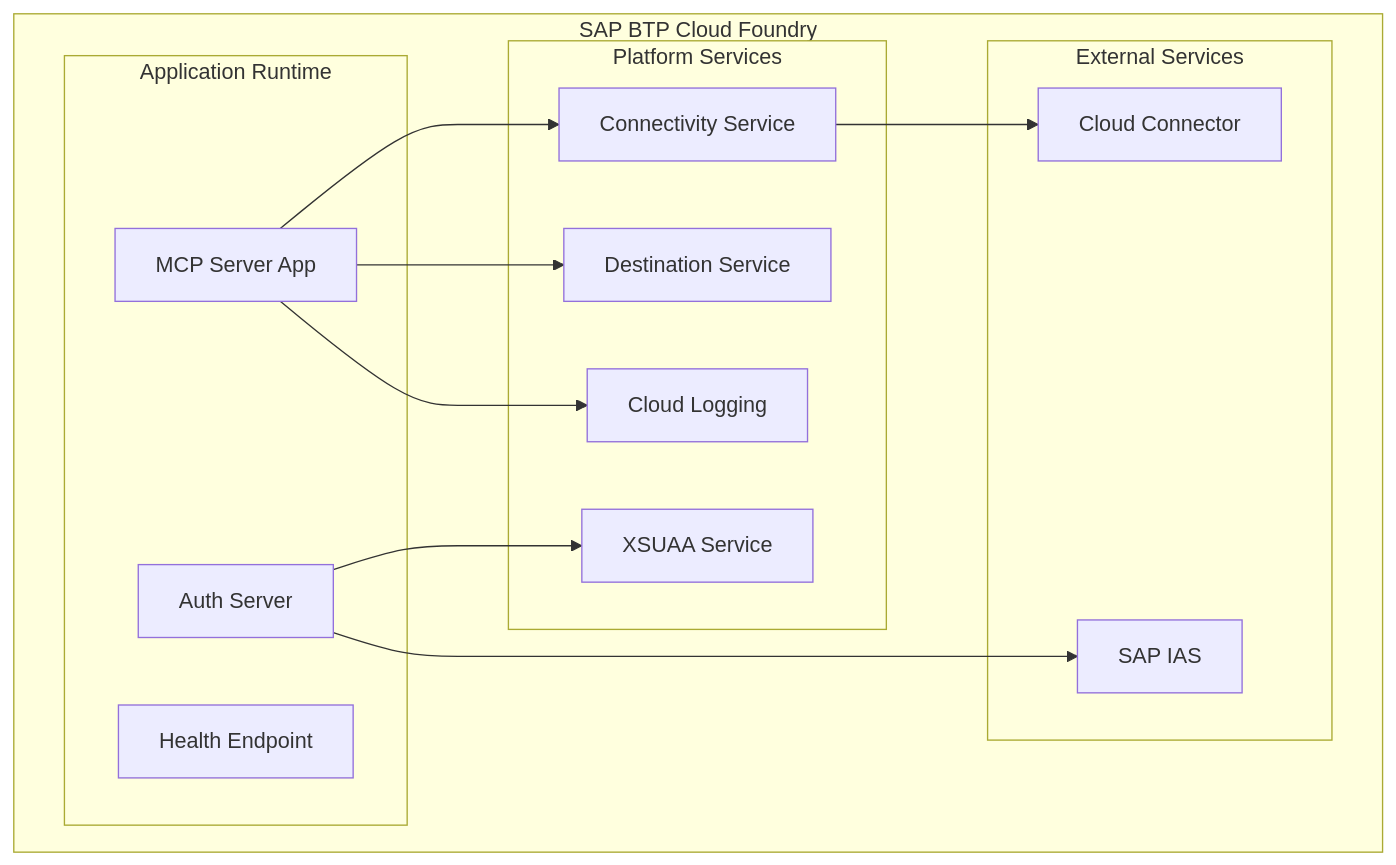
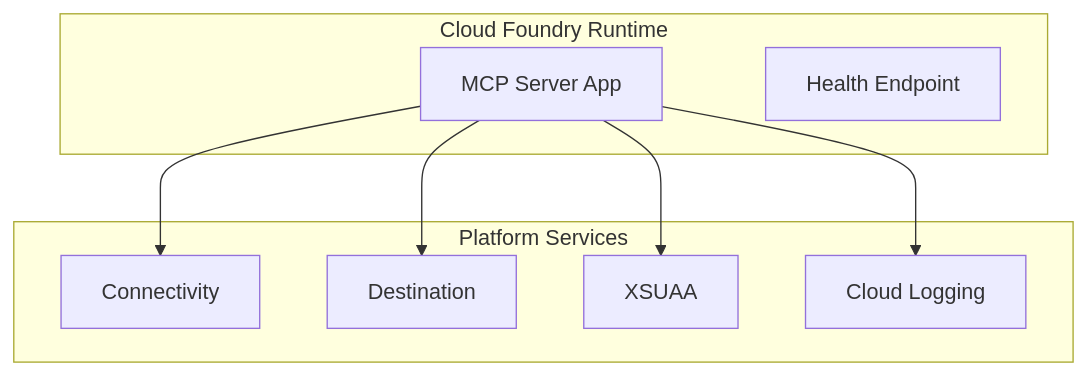
The fifth of 5 diagrams in docs/ARCHITECTURE.md (Raistlin82/btp-sap-odata-to-mcp-server-optimized), drawn with Mermaid before and after one commit. The commit also changed other lines of this file and 10 other files, not shown here.

````diff
--- a/docs/ARCHITECTURE.md
+++ b/docs/ARCHITECTURE.md
@@ -320,29 +130,19 @@
 ```mermaid
 graph TB
-    subgraph "SAP BTP Cloud Foundry"
-        subgraph "Application Runtime"
-            A[MCP Server App]
-            B[Auth Server]
-            C[Health Endpoint]
-        end
-        
-        subgraph "Platform Services"
-            D[Connectivity Service]
-            E[Destination Service]
-            F[XSUAA Service]
-            G[Cloud Logging]
-        end
-        
-        subgraph "External Services"
-            H[SAP IAS]
-            I[Cloud Connector]
-        end
+    subgraph "Cloud Foundry Runtime"
+        A[MCP Server App]
+        B[Health Endpoint]
     end
     
+    subgraph "Platform Services"
+        C[Connectivity]
+        D[Destination]
+        E[XSUAA]
+        F[Cloud Logging]
+    end
+    
+    A --> C
     A --> D
     A --> E
-    B --> F
-    B --> H
-    A --> G
-    D --> I
+    A --> F
 ```
````
